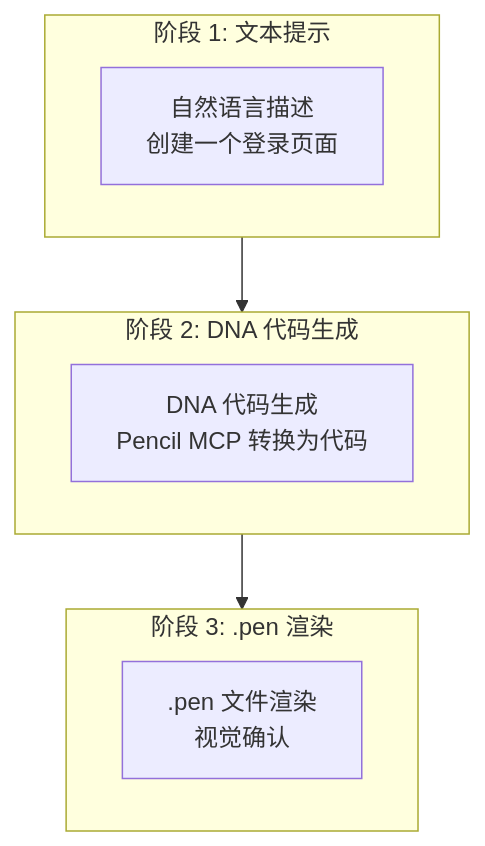
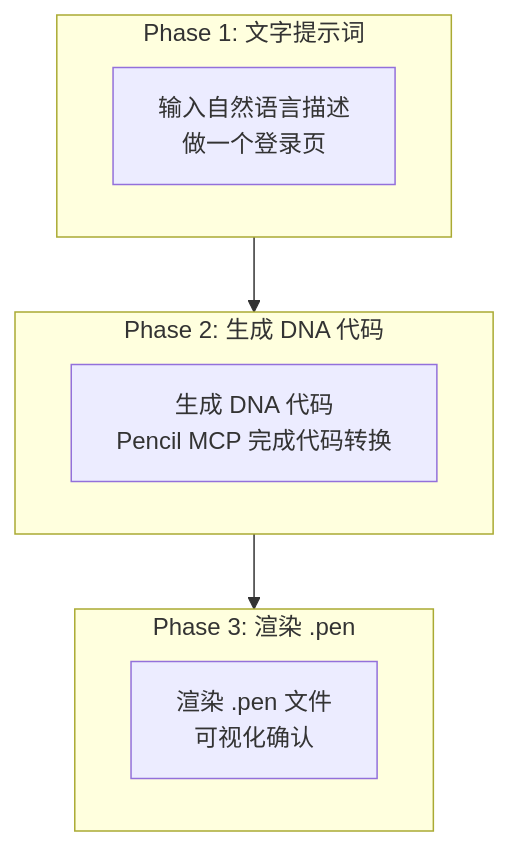
Before and after one commit to modu-ai/moai-adk: the second of 4 diagrams in docs-site/content/zh/advanced/pencil-guide.md, drawn with Mermaid. The commit also changed other lines of this file and 395 other files, not shown here.

````diff
--- a/docs-site/content/zh/advanced/pencil-guide.md
+++ b/docs-site/content/zh/advanced/pencil-guide.md
@@ -361,17 +213,17 @@
 ```mermaid
 flowchart TD
-    subgraph P1["阶段 1: 文本提示"]
-        TP["自然语言描述<br>创建一个登录页面"]
+    subgraph P1["Phase 1: 文字提示词"]
+        TP["输入自然语言描述<br>做一个登录页"]
     end
 
-    subgraph P2["阶段 2: DNA 代码生成"]
-        DC["DNA 代码生成<br>Pencil MCP 转换为代码"]
+    subgraph P2["Phase 2: 生成 DNA 代码"]
+        DC["生成 DNA 代码<br>Pencil MCP 完成代码转换"]
     end
 
-    subgraph P3["阶段 3: .pen 渲染"]
-        PR[".pen 文件渲染<br>视觉确认"]
+    subgraph P3["Phase 3: 渲染 .pen"]
+        PR["渲染 .pen 文件<br>可视化确认"]
     end
 
     P1 --> P2
     P2 --> P3
 ```
````
